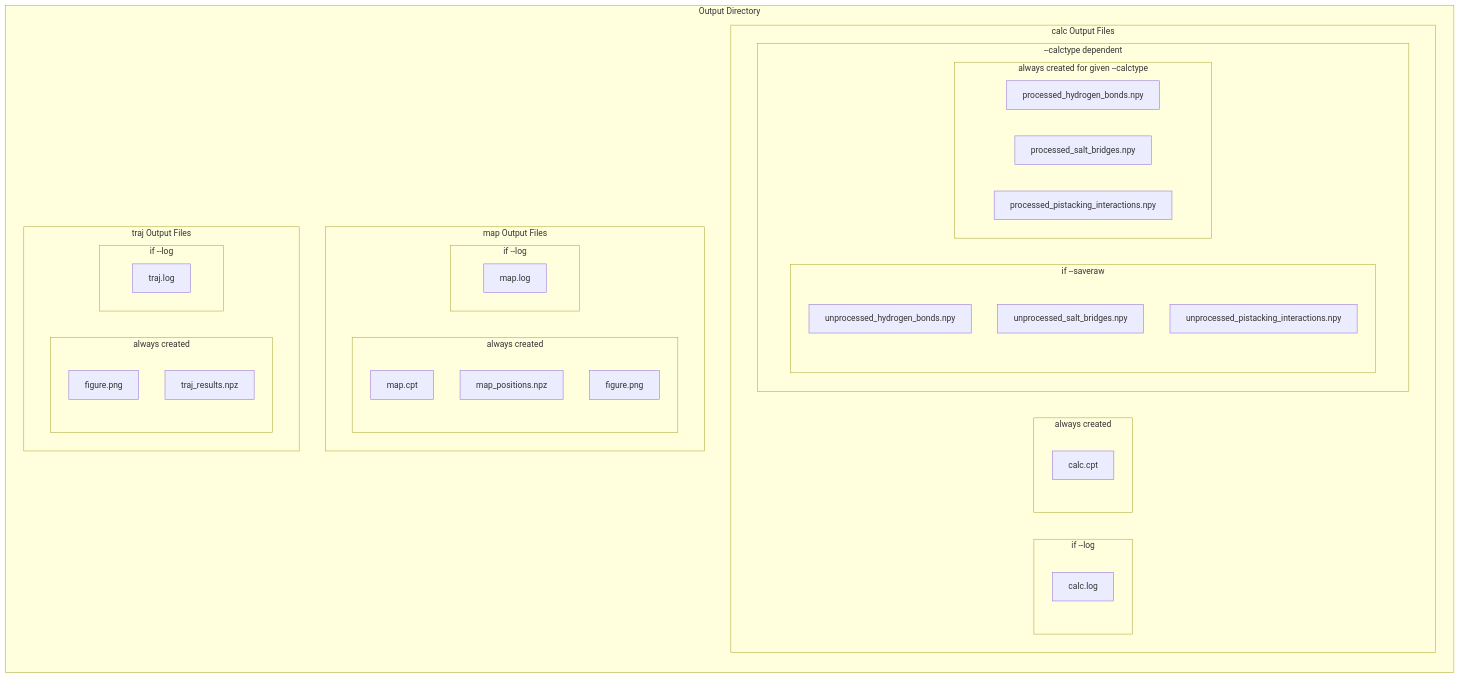
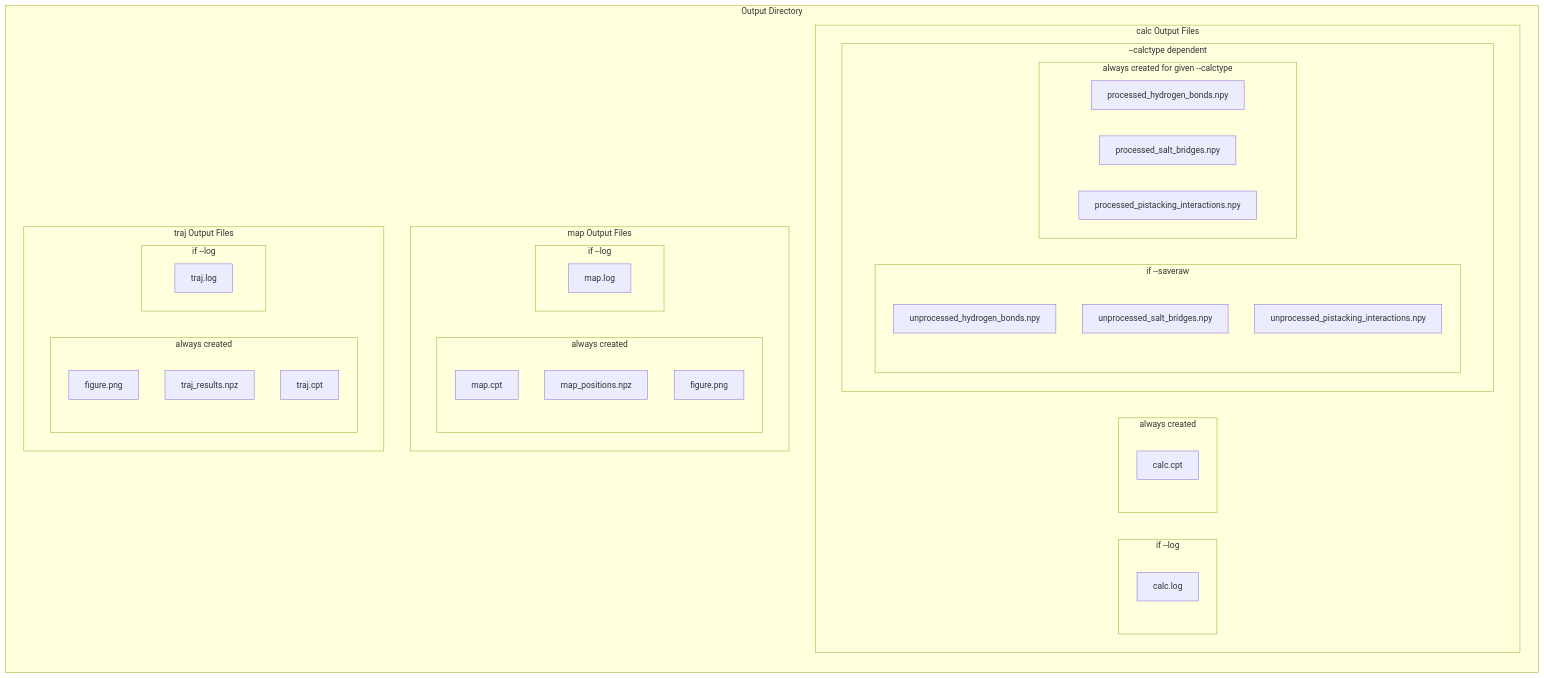
One commit to conor-b-abraham/FibMap changed the diagram in README.md. Above: the diagram before and after it, drawn with Mermaid. The commit also changed other lines of this file and 5 other files, not shown here.

````diff
--- a/README.md
+++ b/README.md
@@ -660,47 +661,48 @@
 ```mermaid
 flowchart TB;
 subgraph O[Output Directory]
   direction TB
   subgraph C[calc Output Files]
     subgraph CL[if --log]
       CLA[calc.log]
     end
     subgraph CA[always created]
       CAA[calc.cpt]
     end
     subgraph CC[--calctype dependent]
       direction LR
       subgraph CCS[if --saveraw]
           CCSA[unprocessed_hydrogen_bonds.npy]
           CCSB[unprocessed_salt_bridges.npy]
           CCSC[unprocessed_pistacking_interactions.npy]
       end
       subgraph CCA[always created for given --calctype]
         CCAA[processed_hydrogen_bonds.npy]
         CCAB[processed_salt_bridges.npy]
         CCAC[processed_pistacking_interactions.npy]
       end
     end
   end
   subgraph M[map Output Files]
     subgraph MA[always created]
       MAA[map.cpt]
       MAB[map_positions.npz]
       MAC[figure.png]
     end
     subgraph ML[if --log]
       MLA[map.log]
     end
   end
   subgraph T[traj Output Files]
     subgraph TA[always created]
       TAA[figure.png]
       TAB[traj_results.npz]
+      TAC[traj.cpt]
     end
     subgraph TL[if --log]
       TLA[traj.log]
     end
   end
 end
 
 ```
````
